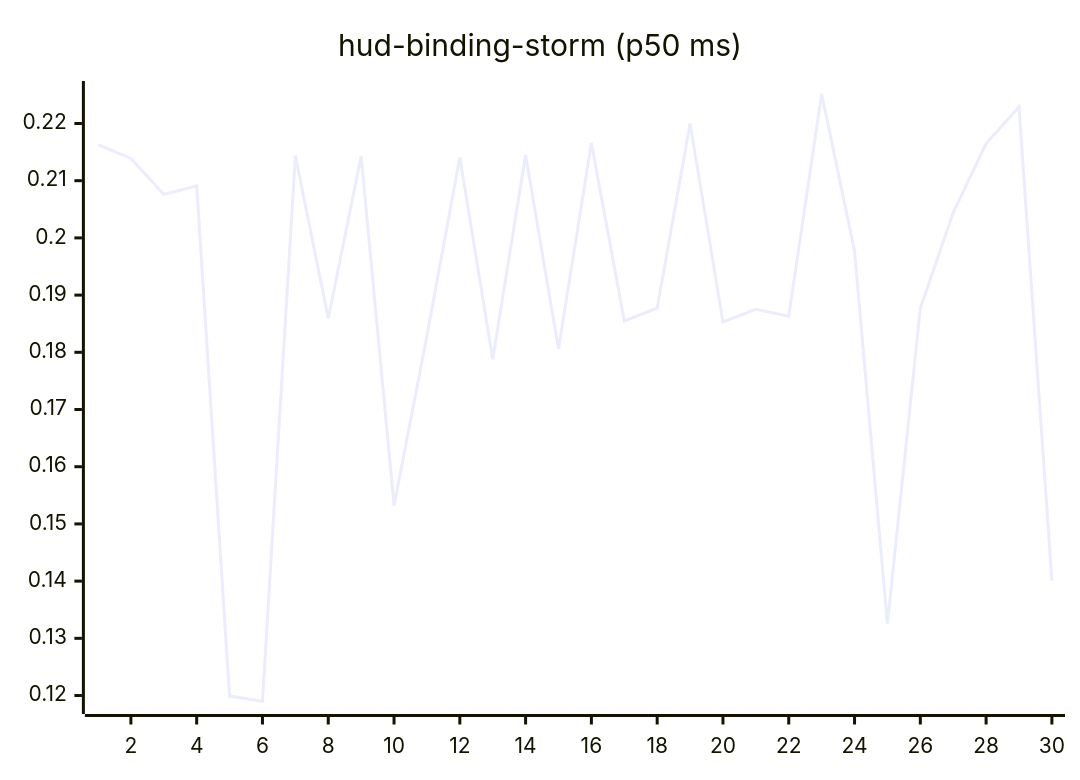
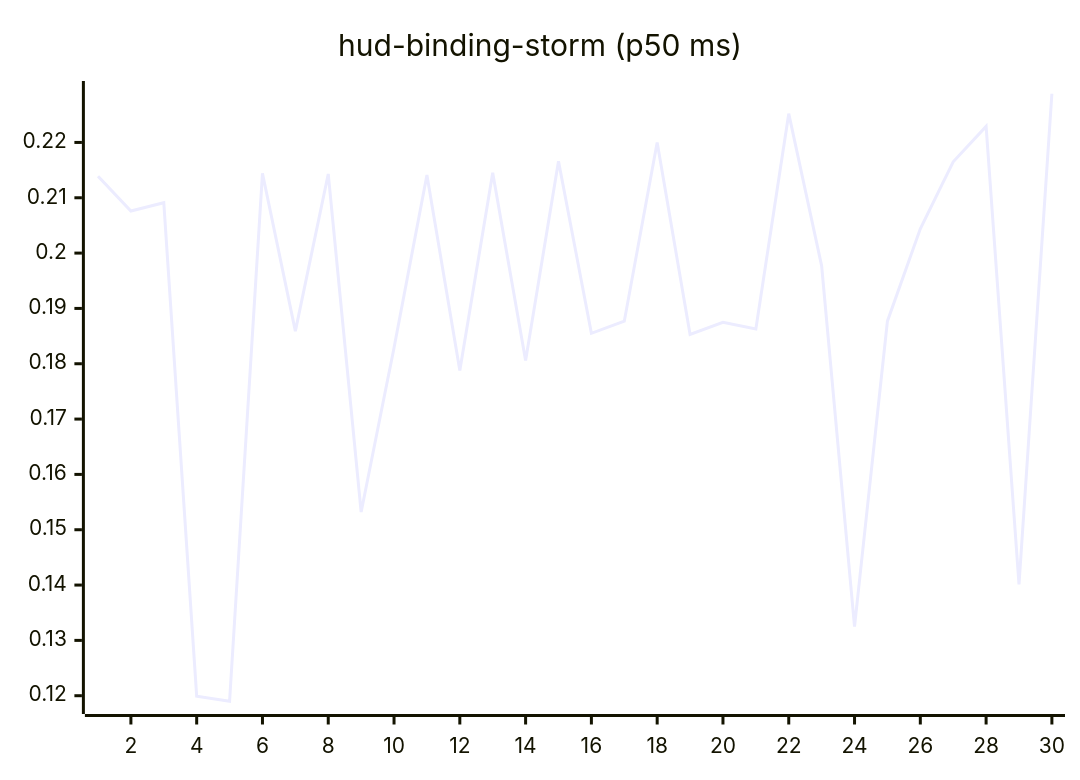
Before and after one commit to josha/Facet: the tenth of 27 diagrams in README.md, drawn with Mermaid. The commit also changed other lines of this file and 2 other files, not shown here.

````diff
--- a/README.md
+++ b/README.md
@@ -126,6 +126,6 @@
 ```mermaid
 xychart-beta
     title "hud-binding-storm (p50 ms)"
     x-axis 1 --> 30
-    line [0.2163, 0.2139, 0.2076, 0.2091, 0.1199, 0.1190, 0.2144, 0.1859, 0.2143, 0.1532, 0.1829, 0.2141, 0.1788, 0.2145, 0.1806, 0.2166, 0.1855, 0.1877, 0.2200, 0.1853, 0.1875, 0.1863, 0.2252, 0.1977, 0.1325, 0.1877, 0.2044, 0.2165, 0.2229, 0.1401]
+    line [0.2139, 0.2076, 0.2091, 0.1199, 0.1190, 0.2144, 0.1859, 0.2143, 0.1532, 0.1829, 0.2141, 0.1788, 0.2145, 0.1806, 0.2166, 0.1855, 0.1877, 0.2200, 0.1853, 0.1875, 0.1863, 0.2252, 0.1977, 0.1325, 0.1877, 0.2044, 0.2165, 0.2229, 0.1401, 0.2288]
 ```
````
